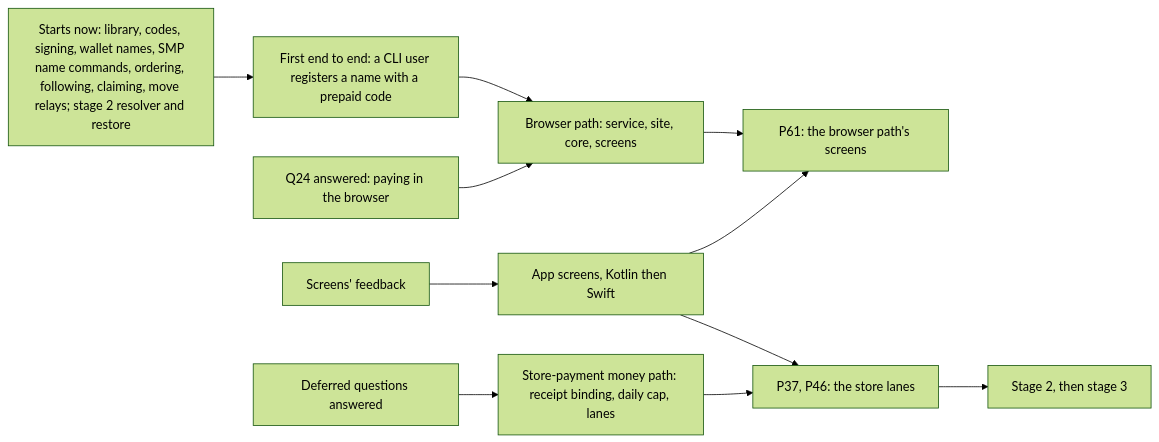
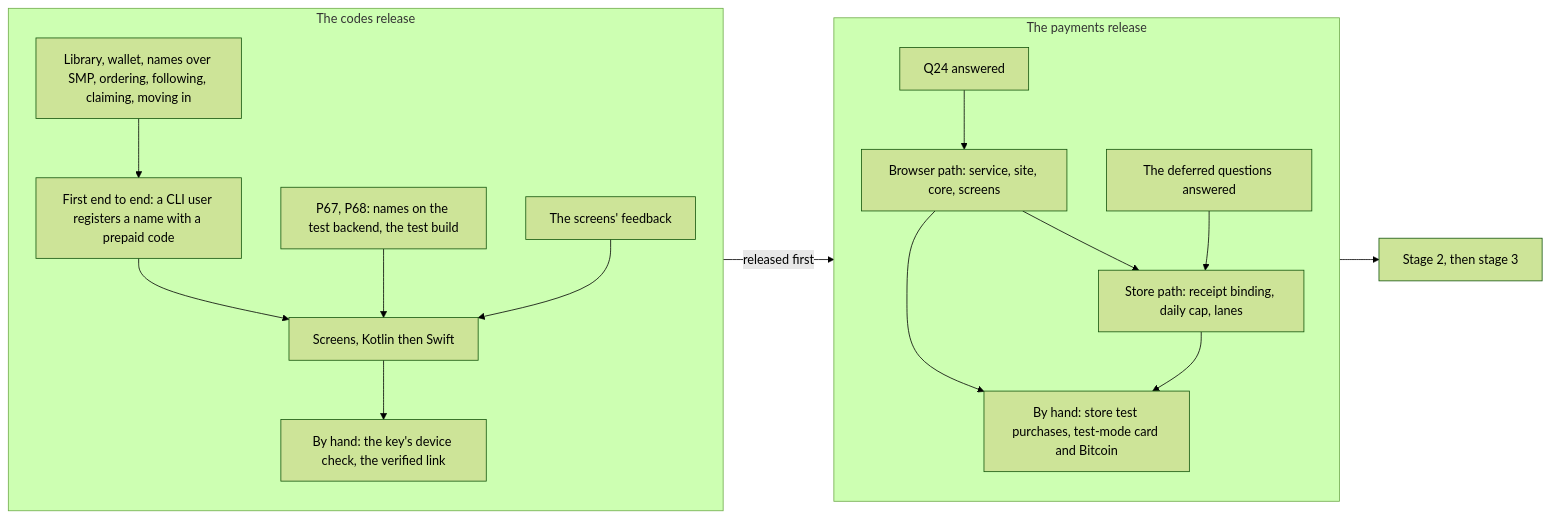
One commit to simplex-chat/simplex-chat changed diagram 12 of 13 in plans/2026-10-30-names-in-app-purchases.md. Above: the diagram before and after it, drawn with Mermaid (forest theme). The commit also changed other lines of this file, not shown here.

Commit message:
docs: names plan builds codes then payments, each part tested alone

````diff
--- a/plans/2026-10-30-names-in-app-purchases.md
+++ b/plans/2026-10-30-names-in-app-purchases.md
@@ -1361,13 +1362,32 @@
 ```mermaid
 flowchart LR
-  now["Starts now: library, codes, signing, wallet names, SMP name commands, ordering, following, claiming, move relays; stage 2 resolver and restore"] --> e2e["First end to end: a CLI user registers a name with a prepaid code"]
-  q24["Q24 answered: paying in the browser"] --> browser["Browser path: service, site, core, screens"]
-  screens["Screens' feedback"] --> ui["App screens, Kotlin then Swift"]
-  deferred["Deferred questions answered"] --> money["Store-payment money path: receipt binding, daily cap, lanes"]
-  e2e --> browser
-  ui --> p61["P61: the browser path's screens"]
-  browser --> p61
-  ui --> lanes["P37, P46: the store lanes"]
-  money --> lanes
-  lanes --> stage2["Stage 2, then stage 3"]
+  subgraph codes["The codes release"]
+    direction TB
+    dev["P67, P68: names on the test backend, the test build"]
+    core["Library, wallet, names over SMP, ordering, following, claiming, moving in"]
+    e2e["First end to end: a CLI user registers a name with a prepaid code"]
+    fb["The screens' feedback"]
+    ui["Screens, Kotlin then Swift"]
+    hand1["By hand: the key's device check, the verified link"]
+    core --> e2e
+    e2e --> ui
+    dev --> ui
+    fb --> ui
+    ui --> hand1
+  end
+  subgraph pay["The payments release"]
+    direction TB
+    q24["Q24 answered"]
+    qd["The deferred questions answered"]
+    browser["Browser path: service, site, core, screens"]
+    store["Store path: receipt binding, daily cap, lanes"]
+    hand2["By hand: store test purchases, test-mode card and Bitcoin"]
+    q24 --> browser
+    qd --> store
+    browser --> store
+    browser --> hand2
+    store --> hand2
+  end
+  codes -->|"released first"| pay
+  pay --> later["Stage 2, then stage 3"]
 ```
````
